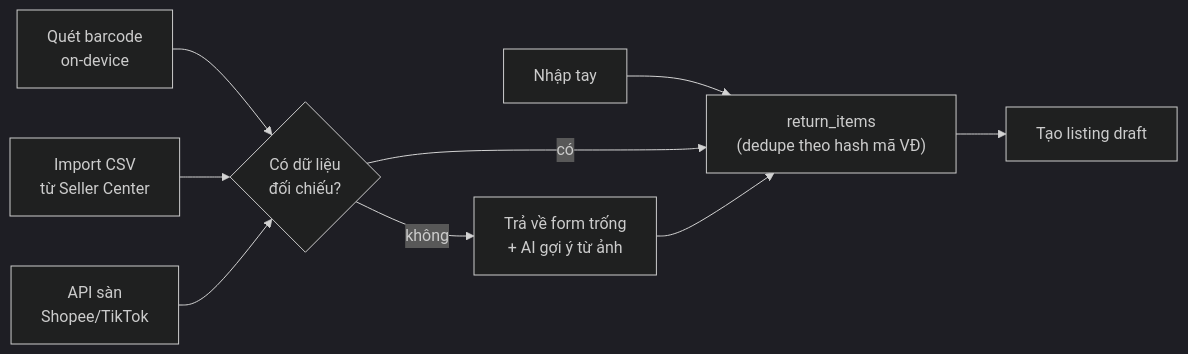
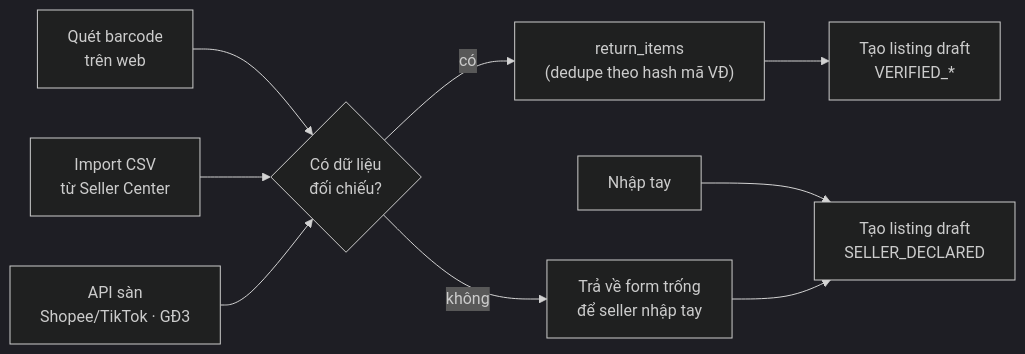
One commit to kttt294/Rebox changed the second of 4 diagrams in docs/02-BACKEND-FLOWS.md. Above: the diagram before and after it, drawn with Mermaid (dark theme). The commit also changed other lines of this file and 68 other files, not shown here.

````diff
--- a/docs/02-BACKEND-FLOWS.md
+++ b/docs/02-BACKEND-FLOWS.md
@@ -95,10 +107,10 @@
 ```mermaid
 flowchart LR
-  A["Quét barcode<br/>on-device"] --> E{Có dữ liệu<br/>đối chiếu?}
+  A["Quét barcode<br/>trên web"] --> E{Có dữ liệu<br/>đối chiếu?}
   B["Import CSV<br/>từ Seller Center"] --> E
-  C["API sàn<br/>Shopee/TikTok"] --> E
-  D["Nhập tay"] --> F
+  C["API sàn<br/>Shopee/TikTok · GĐ3"] --> E
+  D["Nhập tay"] --> I["Tạo listing draft<br/>SELLER_DECLARED"]
   E -->|có| F["return_items<br/>(dedupe theo hash mã VĐ)"]
-  E -->|không| G["Trả về form trống<br/>+ AI gợi ý từ ảnh"] --> F
-  F --> H["Tạo listing draft"]
+  E -->|không| G["Trả về form trống<br/>để seller nhập tay"] --> I
+  F --> H["Tạo listing draft<br/>VERIFIED_*"]
 ```
````
